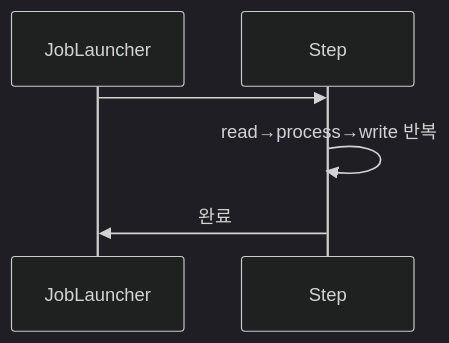
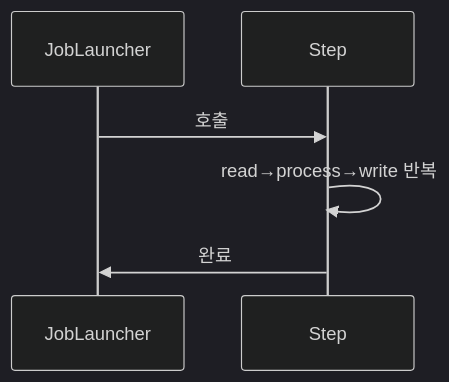
The fifth of 5 diagrams in _posts/batch/2026-05-03-spring-batch-fundamentals.md (yjkim2015/yjkim2015.github.io), drawn with Mermaid (dark theme) before and after one commit. The commit also changed 85 other files, not shown here.

First line of the commit message:
sequenceDiagram 문법 에러 2차 수정 169개 (86파일)

````diff
--- a/_posts/batch/2026-05-03-spring-batch-fundamentals.md
+++ b/_posts/batch/2026-05-03-spring-batch-fundamentals.md
@@ -228,6 +228,6 @@
 ```mermaid
 sequenceDiagram
-    JobLauncher->>Step:
+    JobLauncher->>Step: 호출
     Step->>Step: read→process→write 반복
     Step->>JobLauncher: 완료
 ```
````
